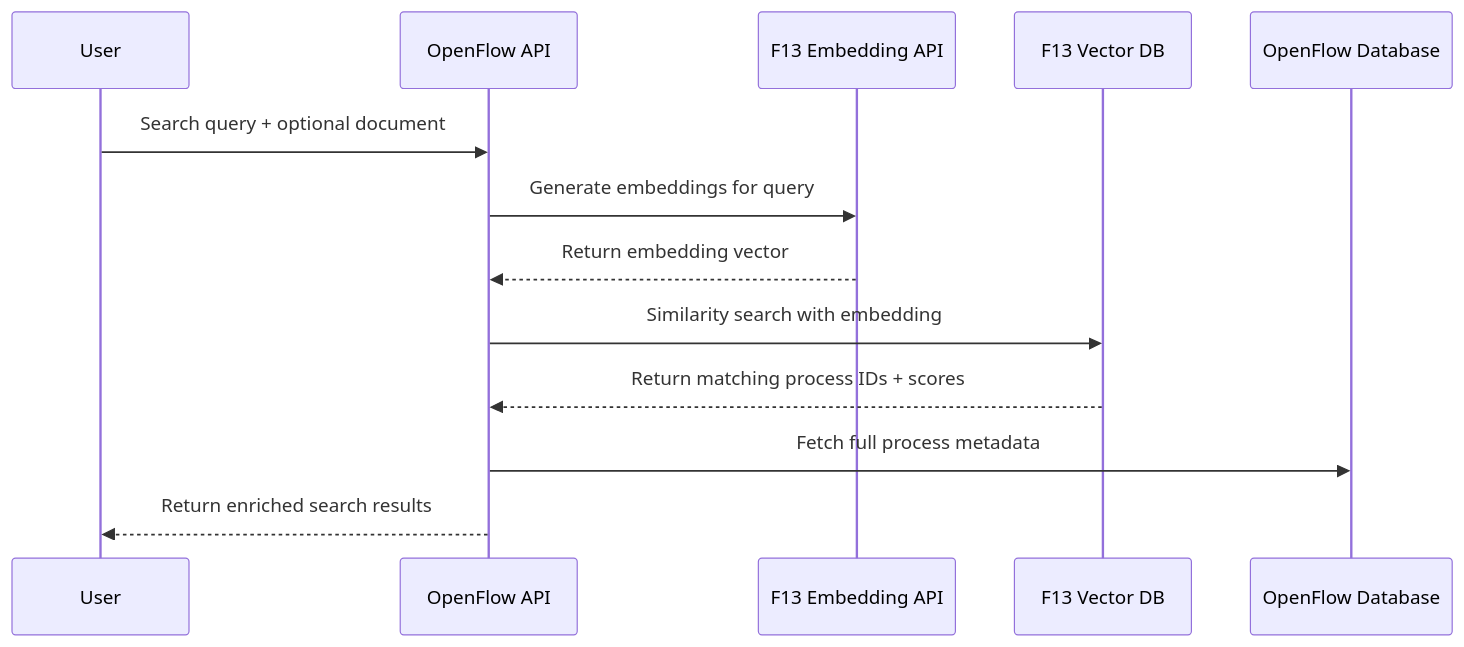
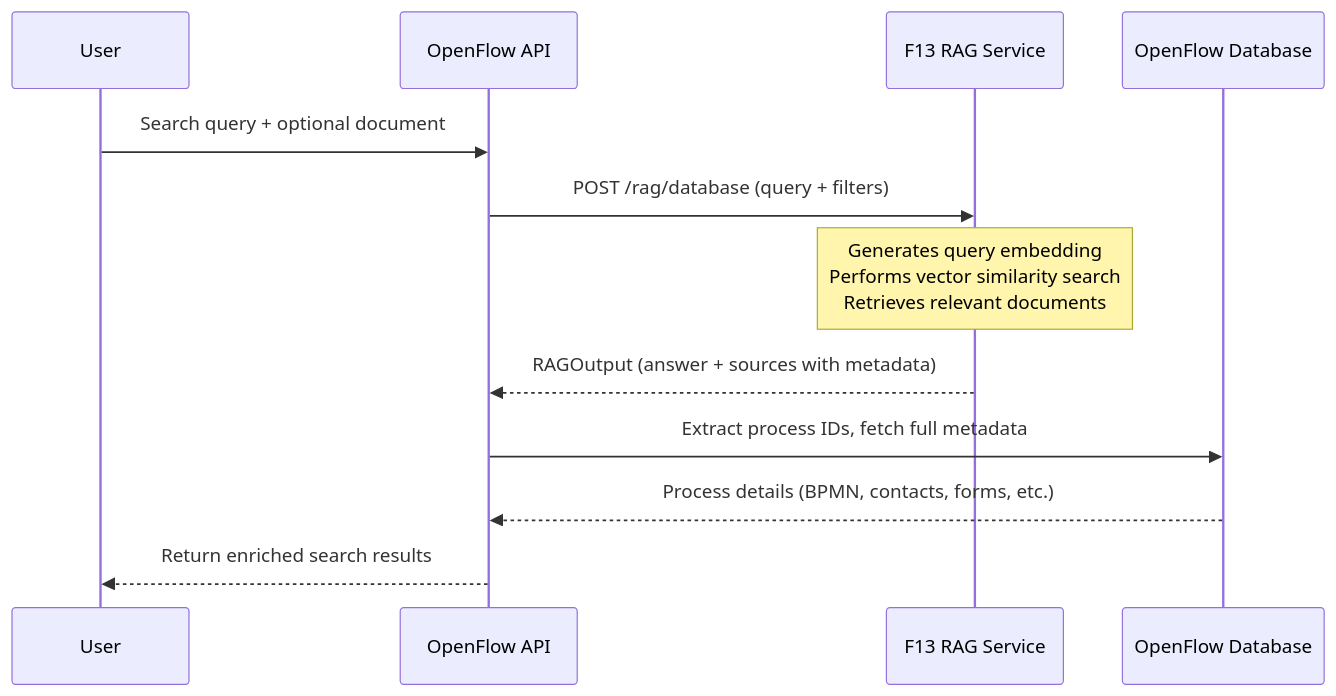
One commit to vensas/govtech-hackathon-2025-openflow changed the fourth of 4 diagrams in README.md. Above: the diagram before and after it, drawn with Mermaid. The commit also changed other lines of this file and 1 other file, not shown here.

````diff
--- a/README.md
+++ b/README.md
@@ -140,16 +157,15 @@
 ```mermaid
 sequenceDiagram
     participant User as User
     participant OpenFlow as OpenFlow API
-    participant F13_Embed as F13 Embedding API
-    participant F13_Vector as F13 Vector DB
+    participant F13_RAG as F13 RAG Service
     participant OpenFlow_DB as OpenFlow Database
 
     User->>OpenFlow: Search query + optional document
-    OpenFlow->>F13_Embed: Generate embeddings for query
-    F13_Embed-->>OpenFlow: Return embedding vector
-    OpenFlow->>F13_Vector: Similarity search with embedding
-    F13_Vector-->>OpenFlow: Return matching process IDs + scores
-    OpenFlow->>OpenFlow_DB: Fetch full process metadata
+    OpenFlow->>F13_RAG: POST /rag/database (query + filters)
+    Note over F13_RAG: Generates query embedding<br/>Performs vector similarity search<br/>Retrieves relevant documents
+    F13_RAG-->>OpenFlow: RAGOutput (answer + sources with metadata)
+    OpenFlow->>OpenFlow_DB: Extract process IDs, fetch full metadata
+    OpenFlow_DB-->>OpenFlow: Process details (BPMN, contacts, forms, etc.)
     OpenFlow-->>User: Return enriched search results
 ```
````
